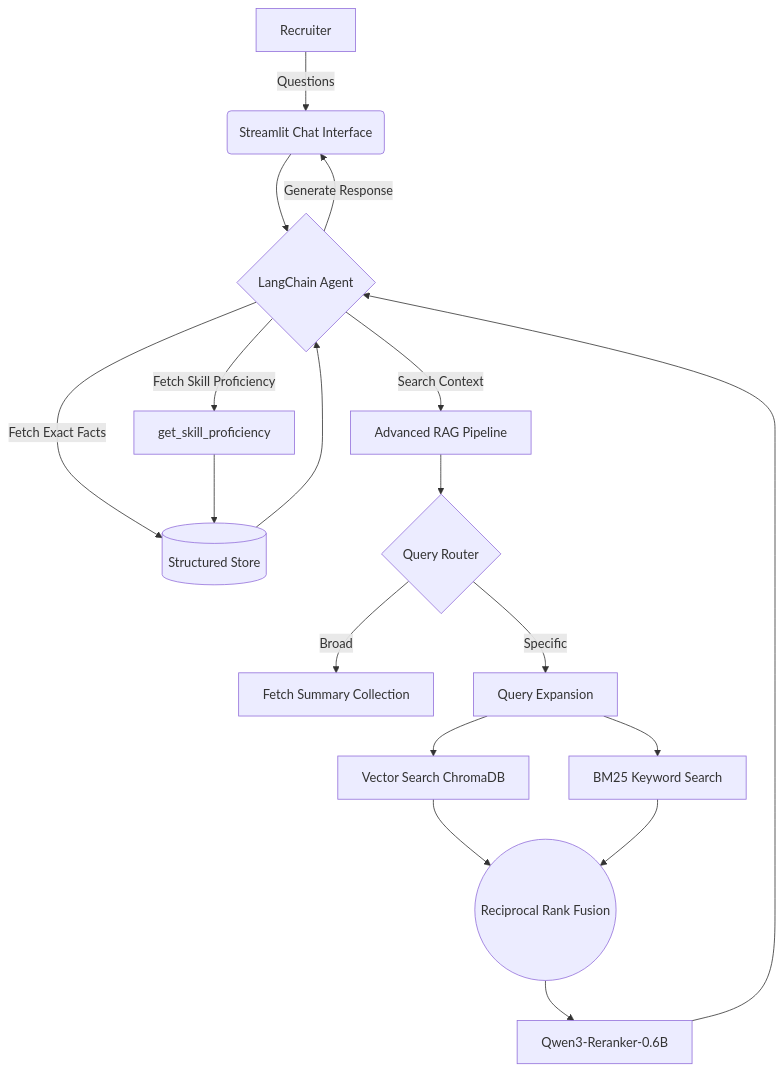
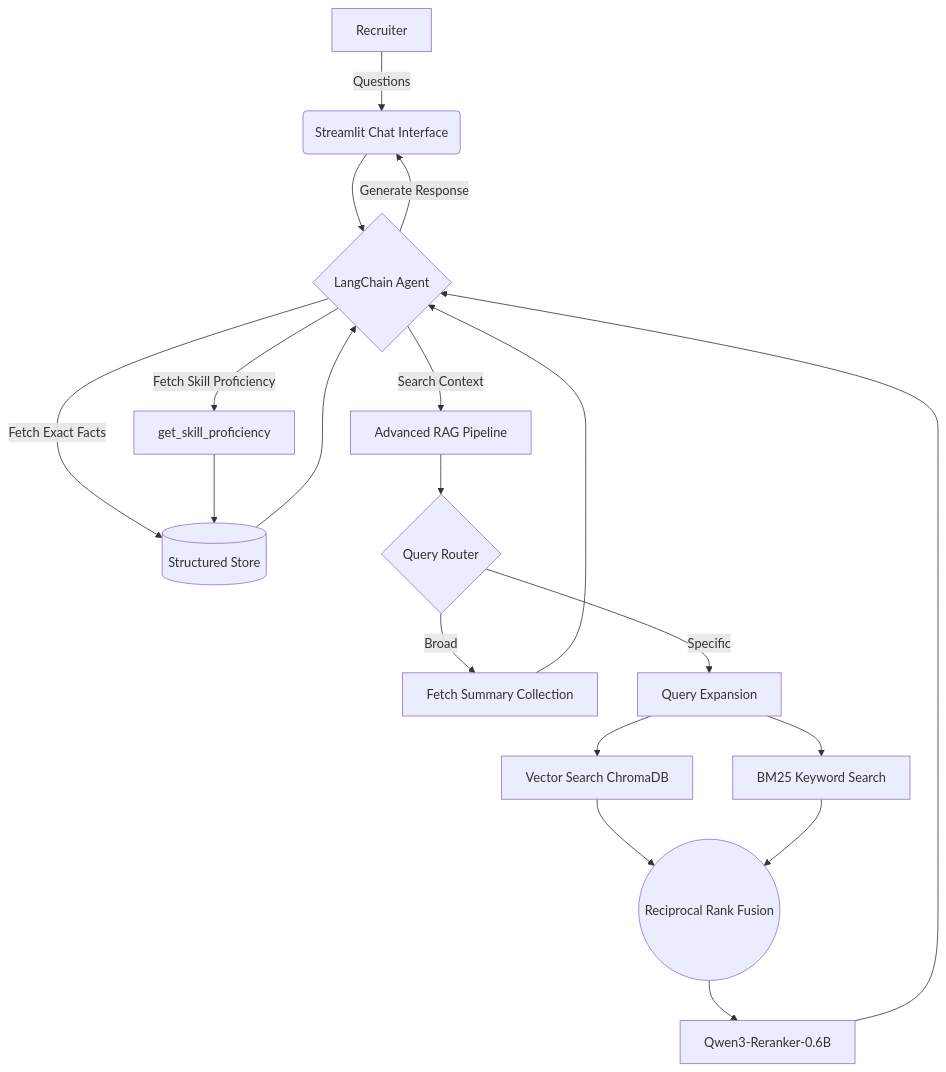
The first of 2 diagrams in README.md (meirs10/candidate-ai-agent), drawn with Mermaid before and after one commit.

Commit message:
README.md updated

````diff
--- a/README.md
+++ b/README.md
@@ -121,26 +121,29 @@
 ```mermaid
 graph TD;
     A[Recruiter] -->|Questions| B(Streamlit Chat Interface);
     B --> C{LangChain Agent};
-    D[(Structured Store)] --> C;
-    C -->|Fetch Exact Facts| D;
+    
+    C -->|Fetch Exact Facts| D[(Structured Store)];
     C -->|Fetch Skill Proficiency| P[get_skill_proficiency];
     C -->|Search Context| E[Advanced RAG Pipeline];
+    D --> C;
     
     P --> D;
 
     E --> F{Query Router};
+    
     F -->|Broad| G[Fetch Summary Collection];
+    G --> C;
+    
     F -->|Specific| H[Query Expansion];
-
     H --> I[Vector Search ChromaDB];
     H --> J[BM25 Keyword Search];
 
     I --> K((Reciprocal Rank Fusion));
     J --> K;
 
     K --> L[Qwen3-Reranker-0.6B];
     L --> C;
 
     C -->|Generate Response| B;
 ```
````
